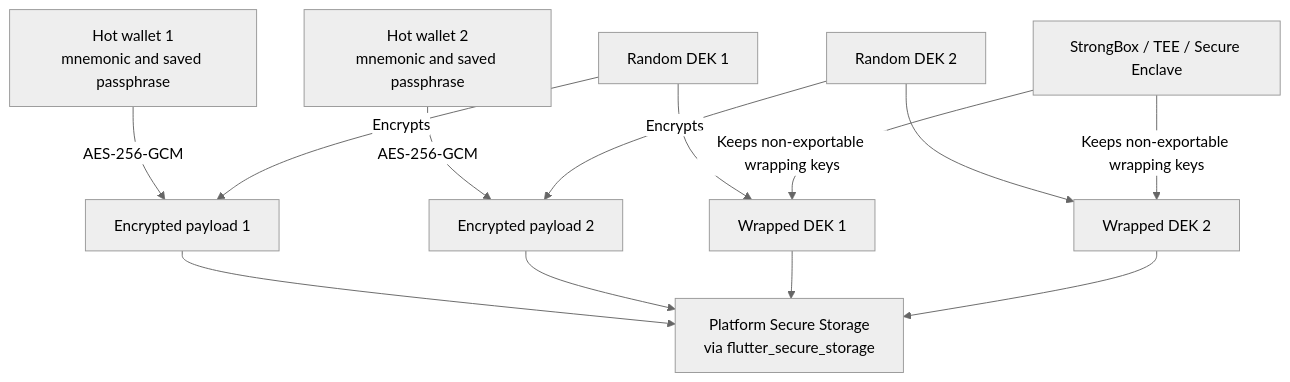
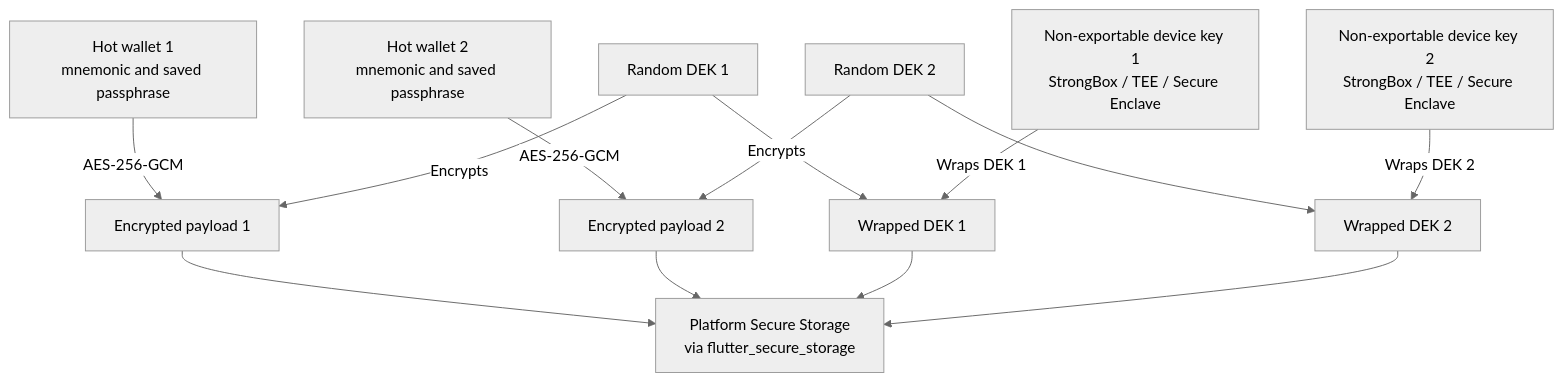
One commit to noncelab/coconut_wallet changed the first of 2 diagrams in docs/security/hot_wallet_security.md. Above: the diagram before and after it, drawn with Mermaid (neutral theme). The commit also changed other lines of this file and 1 other file, not shown here.

````diff
--- a/docs/security/hot_wallet_security.md
+++ b/docs/security/hot_wallet_security.md
@@ -26,19 +26,19 @@
 ```mermaid
 flowchart TD
     A[Hot wallet 1<br/>mnemonic and saved passphrase] -->|AES-256-GCM| A2[Encrypted payload 1]
     A1[Random DEK 1] -->|Encrypts| A2
 
     B[Hot wallet 2<br/>mnemonic and saved passphrase] -->|AES-256-GCM| B2[Encrypted payload 2]
     B1[Random DEK 2] -->|Encrypts| B2
 
     A1 --> C[Wrapped DEK 1]
     B1 --> D[Wrapped DEK 2]
 
     A2 --> E[Platform Secure Storage<br/>via flutter_secure_storage]
     B2 --> E
     C --> E
     D --> E
 
-    F[StrongBox / TEE / Secure Enclave] -->|Keeps non-exportable wrapping keys| C
-    F -->|Keeps non-exportable wrapping keys| D
+    F1[Non-exportable device key 1<br/>StrongBox / TEE / Secure Enclave] -->|Wraps DEK 1| C
+    F2[Non-exportable device key 2<br/>StrongBox / TEE / Secure Enclave] -->|Wraps DEK 2| D
 ```
````
